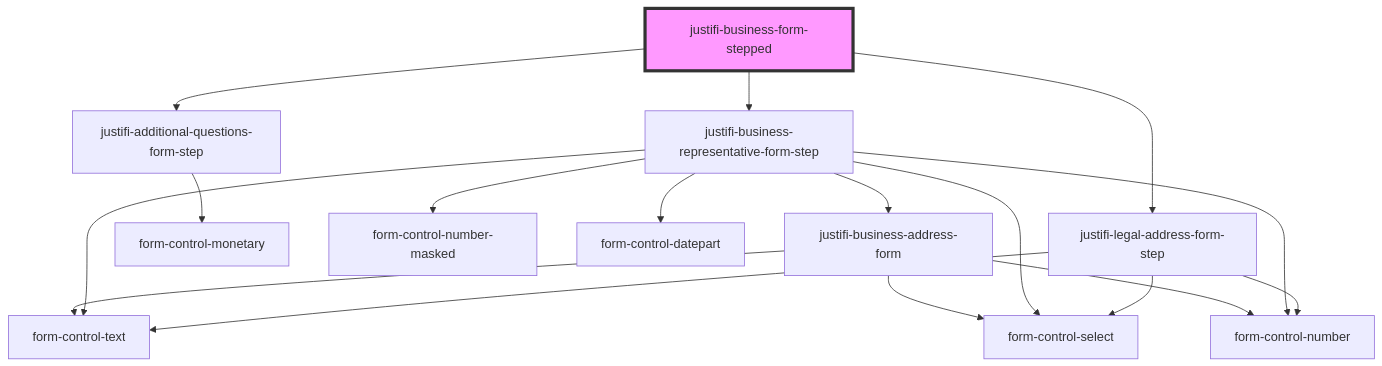
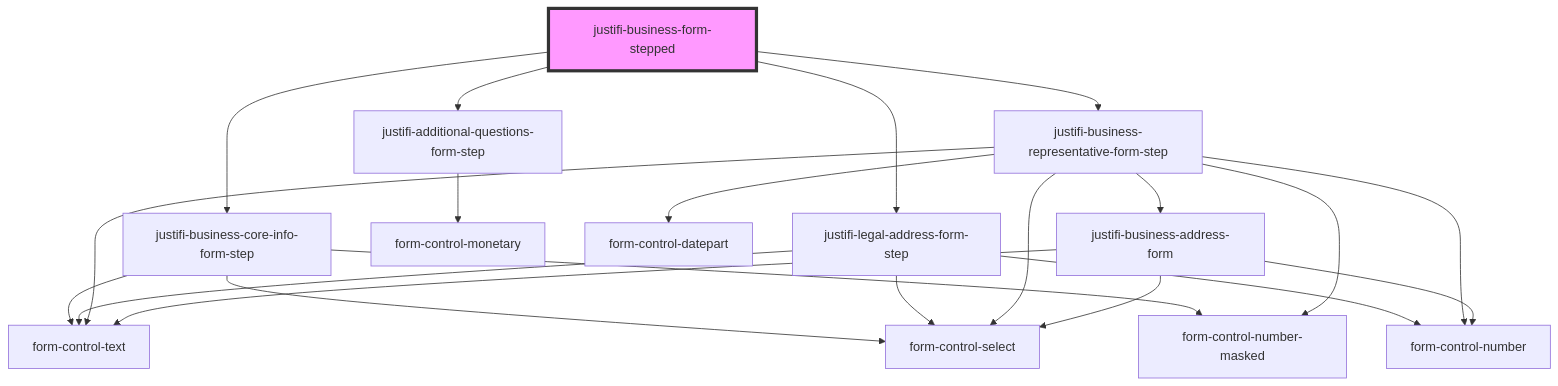
Before and after one commit to justifi-tech/web-component-library: the diagram in packages/webcomponents/src/components/business-form-stepped/readme.md, drawn with Mermaid. The commit also changed other lines of this file and 5 other files, not shown here.

````diff
--- a/packages/webcomponents/src/components/business-form-stepped/readme.md
+++ b/packages/webcomponents/src/components/business-form-stepped/readme.md
@@ -35,20 +35,24 @@
 ```mermaid
 graph TD;
+  justifi-business-form-stepped --> justifi-business-core-info-form-step
   justifi-business-form-stepped --> justifi-legal-address-form-step
   justifi-business-form-stepped --> justifi-additional-questions-form-step
   justifi-business-form-stepped --> justifi-business-representative-form-step
+  justifi-business-core-info-form-step --> form-control-text
+  justifi-business-core-info-form-step --> form-control-select
+  justifi-business-core-info-form-step --> form-control-number-masked
   justifi-legal-address-form-step --> form-control-text
   justifi-legal-address-form-step --> form-control-number
   justifi-legal-address-form-step --> form-control-select
   justifi-additional-questions-form-step --> form-control-monetary
   justifi-business-representative-form-step --> form-control-text
   justifi-business-representative-form-step --> form-control-select
   justifi-business-representative-form-step --> form-control-number-masked
   justifi-business-representative-form-step --> form-control-datepart
   justifi-business-representative-form-step --> form-control-number
   justifi-business-representative-form-step --> justifi-business-address-form
   justifi-business-address-form --> form-control-text
   justifi-business-address-form --> form-control-select
   justifi-business-address-form --> form-control-number
   style justifi-business-form-stepped fill:#f9f,stroke:#333,stroke-width:4px
 ```
````
